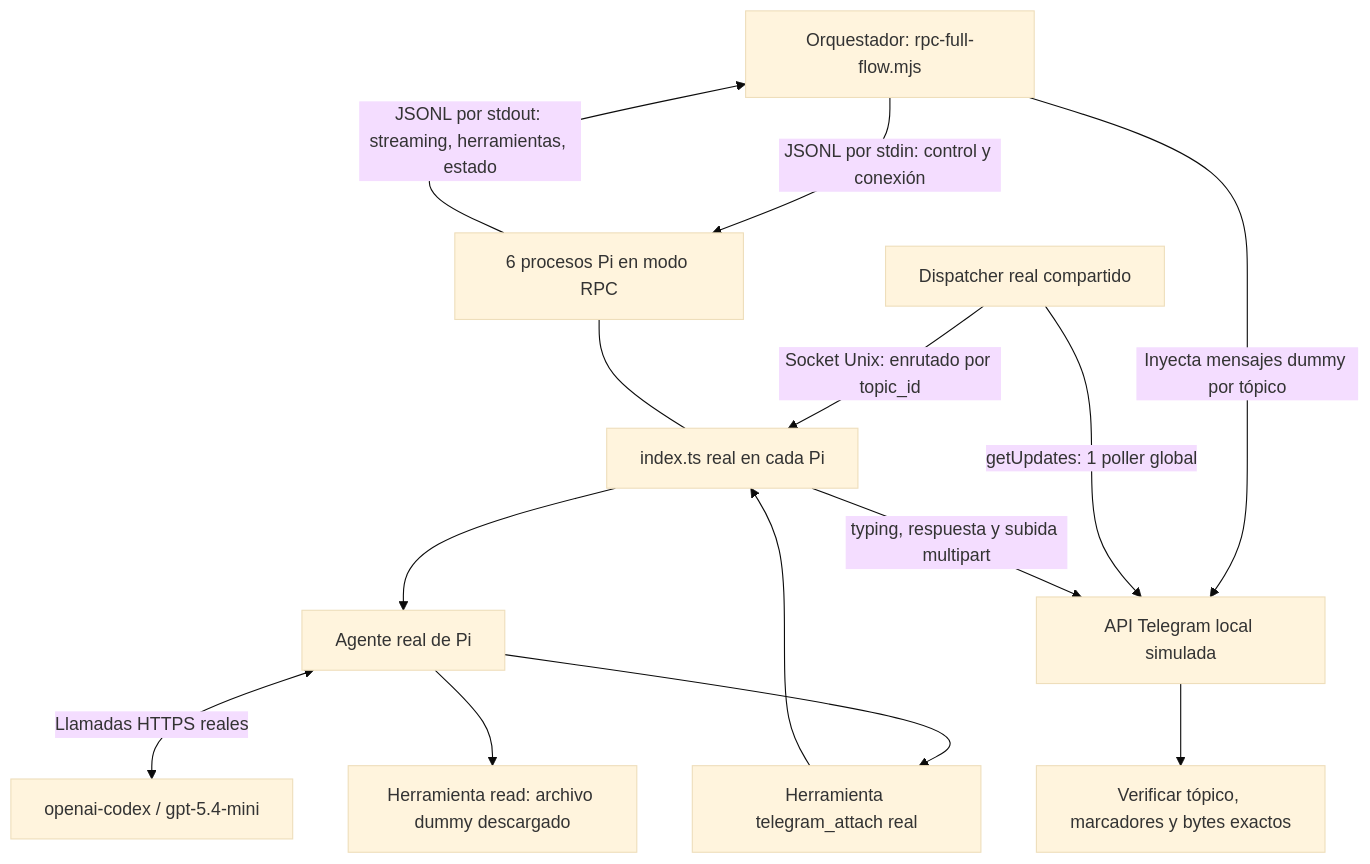
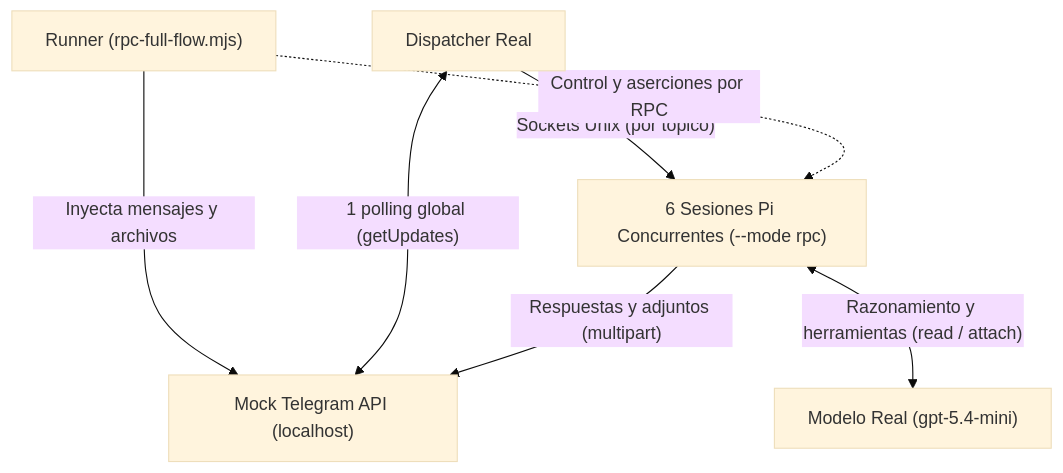
Before and after one commit to Santti4go/pi-telegram: the diagram in audit/RPC-FULL-FLOW.md, drawn with Mermaid (base theme).

Commit message:
docs(audit): simplify Mermaid diagram in RPC-FULL-FLOW to high-level view

````diff
--- a/audit/RPC-FULL-FLOW.md
+++ b/audit/RPC-FULL-FLOW.md
@@ -23,16 +23,9 @@
 ```mermaid
 flowchart TB
-    Runner[Orquestador: rpc-full-flow.mjs] -->|JSONL por stdin: control y conexión| Pi[6 procesos Pi en modo RPC]
-    Pi -->|JSONL por stdout: streaming, herramientas, estado| Runner
-    Runner -->|Inyecta mensajes dummy por tópico| Mock[API Telegram local simulada]
-    Dispatcher[Dispatcher real compartido] -->|getUpdates: 1 poller global| Mock
-    Dispatcher -->|Socket Unix: enrutado por topic_id| Bridge[index.ts real en cada Pi]
-    Pi --- Bridge
-    Bridge --> Agent[Agente real de Pi]
-    Agent <-->|Llamadas HTTPS reales| Model[openai-codex / gpt-5.4-mini]
-    Agent --> Read[Herramienta read: archivo dummy descargado]
-    Agent --> Attach[Herramienta telegram_attach real]
-    Attach --> Bridge
-    Bridge -->|typing, respuesta y subida multipart| Mock
-    Mock --> Verify[Verificar tópico, marcadores y bytes exactos]
+    Runner["Runner (rpc-full-flow.mjs)"] -->|"Inyecta mensajes y archivos"| Mock["Mock Telegram API (localhost)"]
+    Dispatcher["Dispatcher Real"] <-->|"1 polling global (getUpdates)"| Mock
+    Dispatcher -->|"Sockets Unix (por tópico)"| Sessions["6 Sesiones Pi Concurrentes (--mode rpc)"]
+    Sessions <-->|"Razonamiento y herramientas (read / attach)"| Model["Modelo Real (gpt-5.4-mini)"]
+    Sessions -->|"Respuestas y adjuntos (multipart)"| Mock
+    Runner -.->|"Control y aserciones por RPC"| Sessions
 ```
````
